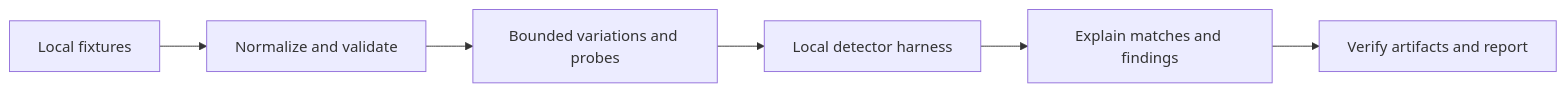
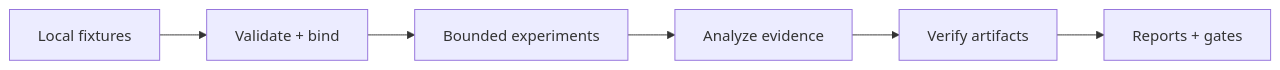
One commit to AegisTrace/dvi-sentinel changed the diagram in README.md. Above: the diagram before and after it, drawn with Mermaid. The commit also changed other lines of this file and 11 other files, not shown here.

````diff
--- a/README.md
+++ b/README.md
@@ -44,8 +47,8 @@
 ```mermaid
 flowchart LR
-  F[Local fixtures] --> N[Normalize and validate]
-  N --> V[Bounded variations and probes]
-  V --> H[Local detector harness]
-  H --> M[Explain matches and findings]
-  M --> A[Verify artifacts and report]
+  F[Local fixtures] --> V[Validate + bind]
+  V --> E[Bounded experiments]
+  E --> A[Analyze evidence]
+  A --> P[Verify artifacts]
+  P --> R[Reports + gates]
 ```
````
